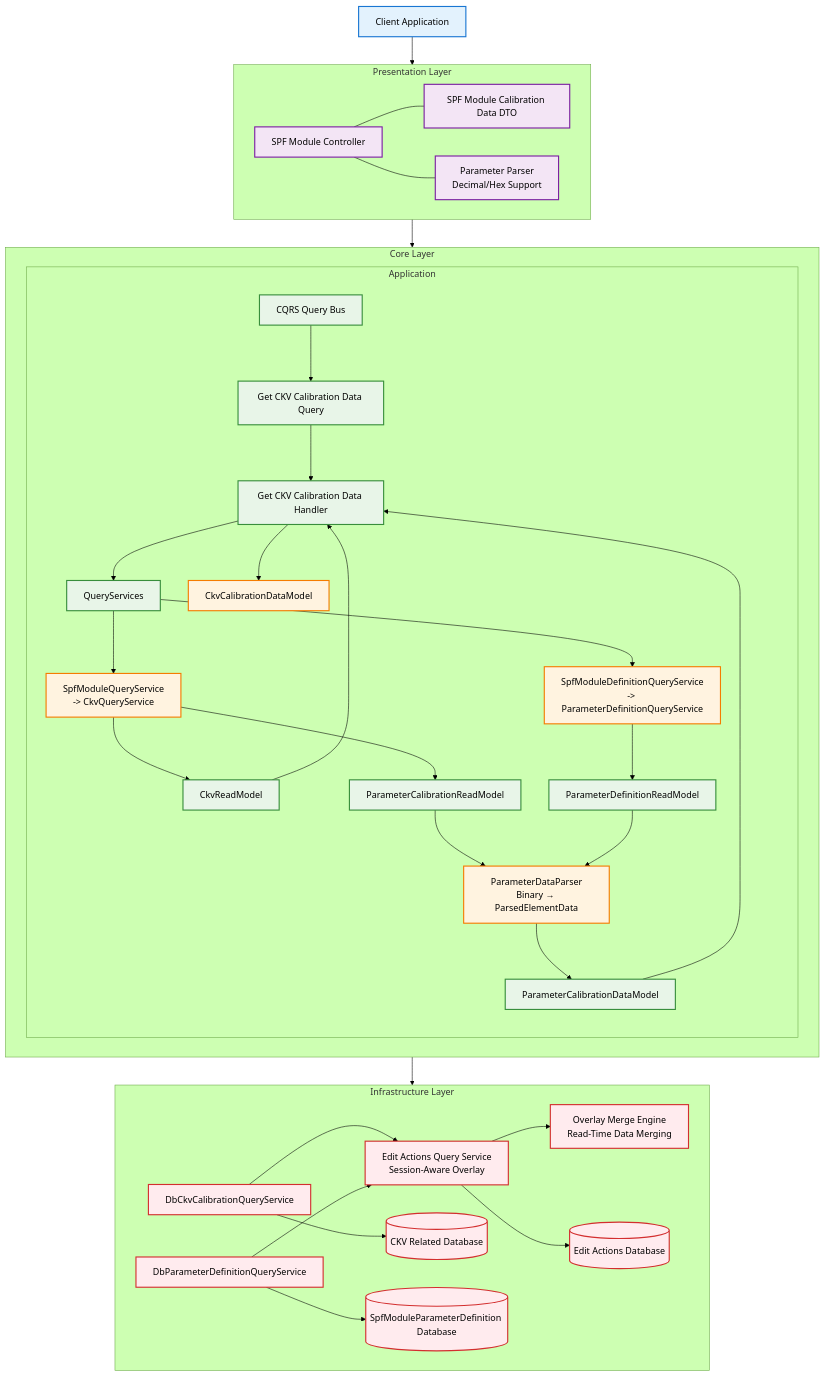
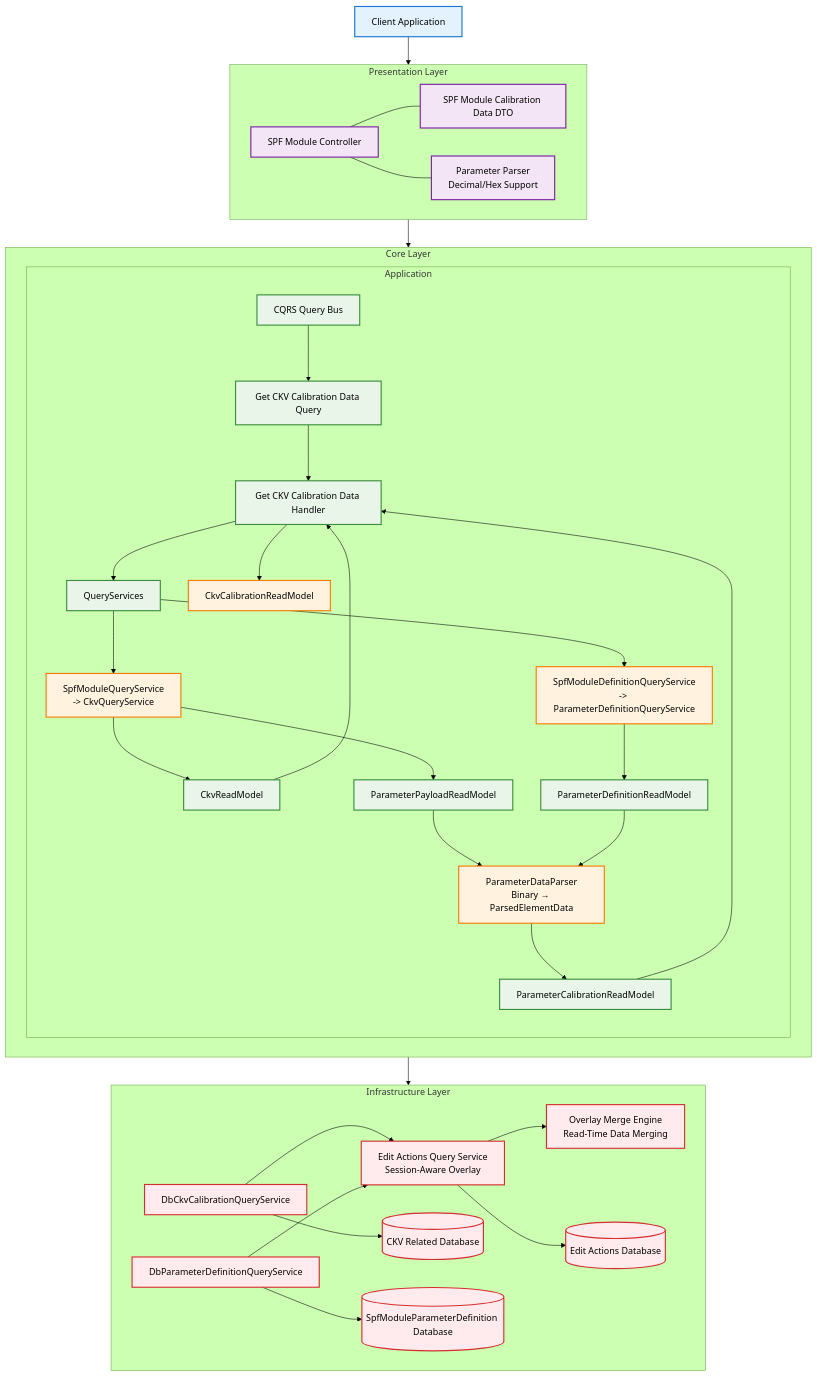
The first of 3 diagrams in docs/spf-module-get-ckv-calibration-design.md (satyakris/audioreach-creator-backend), drawn with Mermaid (forest theme) before and after one commit. The commit also changed other lines of this file and 27 other files, not shown here.

```diff
--- a/docs/spf-module-get-ckv-calibration-design.md
+++ b/docs/spf-module-get-ckv-calibration-design.md
@@ -64,11 +64,11 @@
             SpfModuleSvc[SpfModuleQueryService<br/>-> CkvQueryService]
             SpfModuleDefSvc[SpfModuleDefinitionQueryService<br/>-> ParameterDefinitionQueryService]
             CkvReadModel[CkvReadModel]
-            ParamCalReadModel[ParameterCalibrationReadModel]
+            ParamCalReadModel[ParameterPayloadReadModel]
             ParamDefReadModel[ParameterDefinitionReadModel]
             ParameterDataParser[ParameterDataParser<br/>Binary → ParsedElementData]
-            ParamCalDataModel[ParameterCalibrationDataModel]
-            CkvCalModel[CkvCalibrationDataModel]
+            ParamCalDataModel[ParameterCalibrationReadModel]
+            CkvCalModel[CkvCalibrationReadModel]
 
             QueryBus --> GetModCalDataQuery
             GetModCalDataQuery --> GetModCalDataHandler
```
